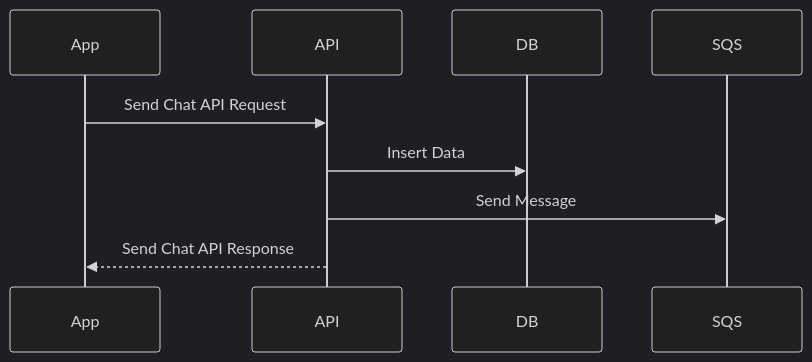
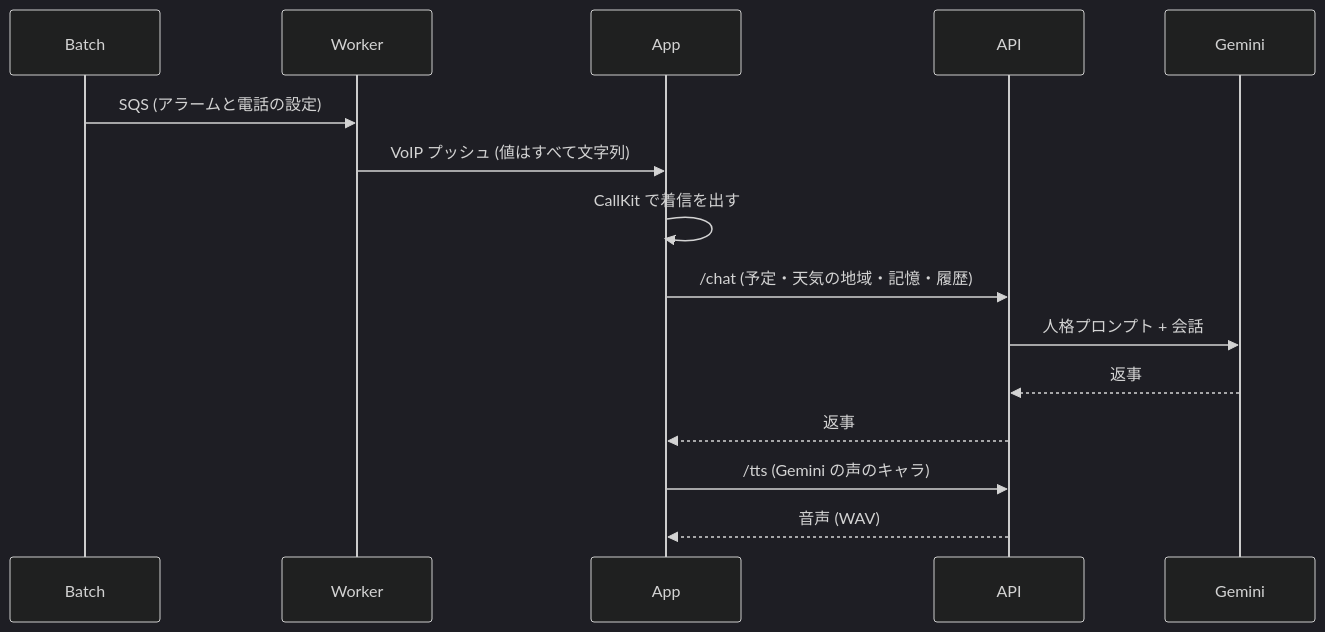
Before and after one commit to takoikatakotako/charalarm: the second of 2 diagrams in docs/system/system.md, drawn with Mermaid (dark theme). The commit also changed other lines of this file and 1 other file, not shown here.

Commit message:
docs: システム構成と API エンドポイントを今の形に書き直す

````diff
--- a/docs/system/system.md
+++ b/docs/system/system.md
@@ -33,12 +55,18 @@
 ```mermaid
 sequenceDiagram
+    participant Batch
+    participant Worker
     participant App
     participant API
-    participant DB
-    participant SQS
+    participant Gemini
 
-    App->>API: Send Chat API Request
-    API->>DB: Insert Data
-    API->>SQS: Send Message
-    API-->>App: Send Chat API Response
+    Batch->>Worker: SQS (アラームと電話の設定)
+    Worker->>App: VoIP プッシュ (値はすべて文字列)
+    App->>App: CallKit で着信を出す
+    App->>API: /chat (予定・天気の地域・記憶・履歴)
+    API->>Gemini: 人格プロンプト + 会話
+    Gemini-->>API: 返事
+    API-->>App: 返事
+    App->>API: /tts (Gemini の声のキャラ)
+    API-->>App: 音声 (WAV)
 ```
````
